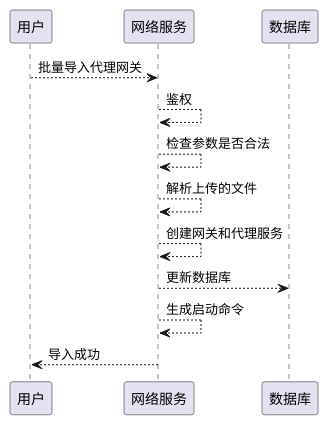
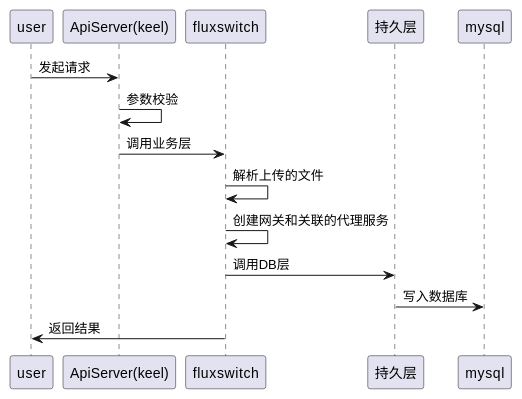
The second of 12 diagrams in docs/api/appendix/plantuml/fluxswitch.md (tkeel-io/docs), drawn with PlantUML before and after one commit. The commit also changed other lines of this file and 2 other files, not shown here.

Commit message:
feat: update plugin manager uml & fluxswicth manager

````diff
--- a/docs/api/appendix/plantuml/fluxswitch.md
+++ b/docs/api/appendix/plantuml/fluxswitch.md
@@ -32,16 +38,19 @@
 ```plantuml
+@startuml
+participant "user" as user
+participant "ApiServer(keel)" as keel
+participant "fluxswitch" as fluxswitch
+participant "持久层" as dblayer
+participant "mysql" as mysql
 
-participant "用户" as user
-participant "网络服务" as fluxswitch
-participant "数据库"  as db
 
-user --> fluxswitch : 批量导入代理网关
-fluxswitch --> fluxswitch : 鉴权
-fluxswitch --> fluxswitch : 检查参数是否合法
-fluxswitch --> fluxswitch : 解析上传的文件
-fluxswitch --> fluxswitch : 创建网关和代理服务
-fluxswitch --> db : 更新数据库
-fluxswitch --> fluxswitch : 生成启动命令
-fluxswitch --> user : 导入成功
-
+user -> keel : 发起请求
+keel -> keel : 参数校验 
+keel -> fluxswitch : 调用业务层
+fluxswitch -> fluxswitch : 解析上传的文件
+fluxswitch -> fluxswitch : 创建网关和关联的代理服务
+fluxswitch -> dblayer : 调用DB层
+dblayer -> mysql : 写入数据库
+fluxswitch -> user : 返回结果
+@enduml
 ```
````
